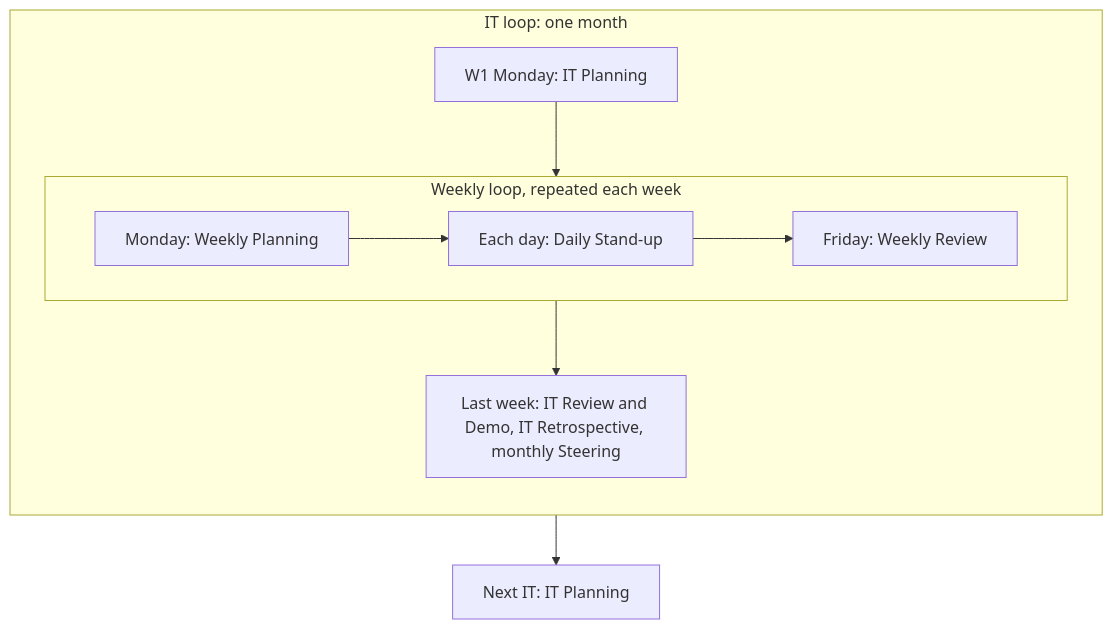
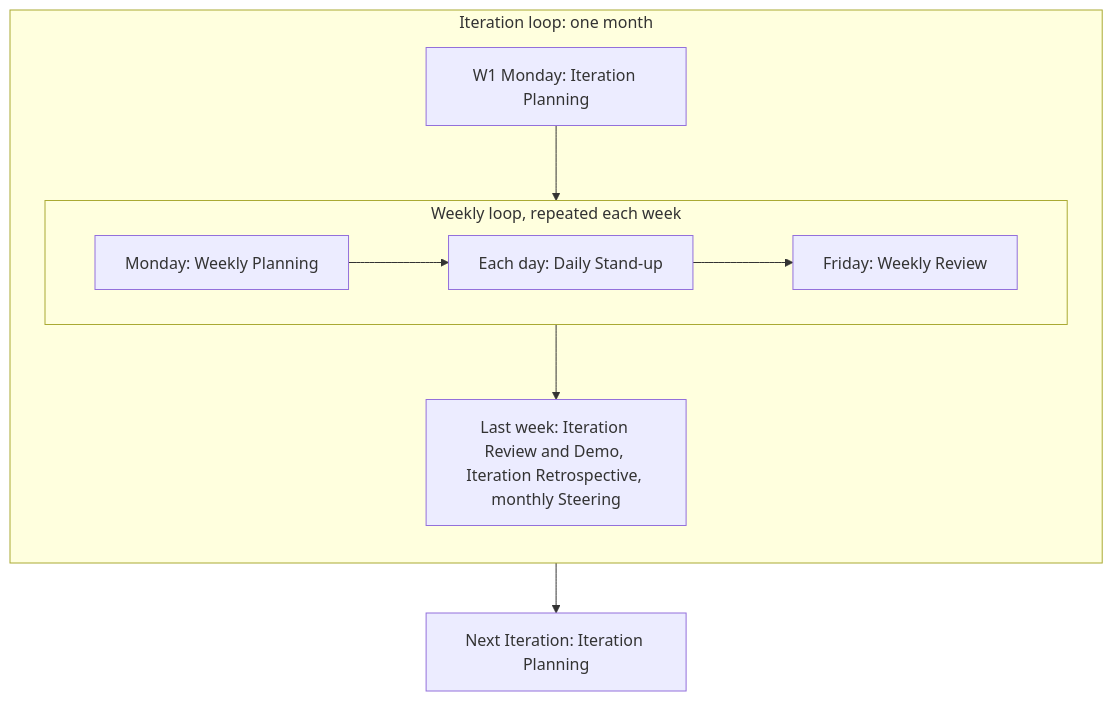
Before and after one commit to devhogu/ob-aicc: the third of 4 diagrams in charter/workflows/cadence.md, drawn with Mermaid. The commit also changed other lines of this file and 63 other files, not shown here.

````diff
--- a/charter/workflows/cadence.md
+++ b/charter/workflows/cadence.md
@@ -97,13 +97,13 @@
 ```mermaid
 flowchart TB
-  subgraph IT["IT loop: one month"]
+  subgraph Iteration["Iteration loop: one month"]
     direction TB
-    ITP["W1 Monday: IT Planning"] --> WK
+    ITP["W1 Monday: Iteration Planning"] --> WK
     subgraph WK["Weekly loop, repeated each week"]
       direction LR
       WP["Monday: Weekly Planning"] --> DS["Each day: Daily Stand-up"] --> WR["Friday: Weekly Review"]
     end
-    WK --> RW["Last week: IT Review and Demo, IT Retrospective, monthly Steering"]
+    WK --> RW["Last week: Iteration Review and Demo, Iteration Retrospective, monthly Steering"]
   end
-  RW --> NITP["Next IT: IT Planning"]
+  RW --> NITP["Next Iteration: Iteration Planning"]
 ```
````
